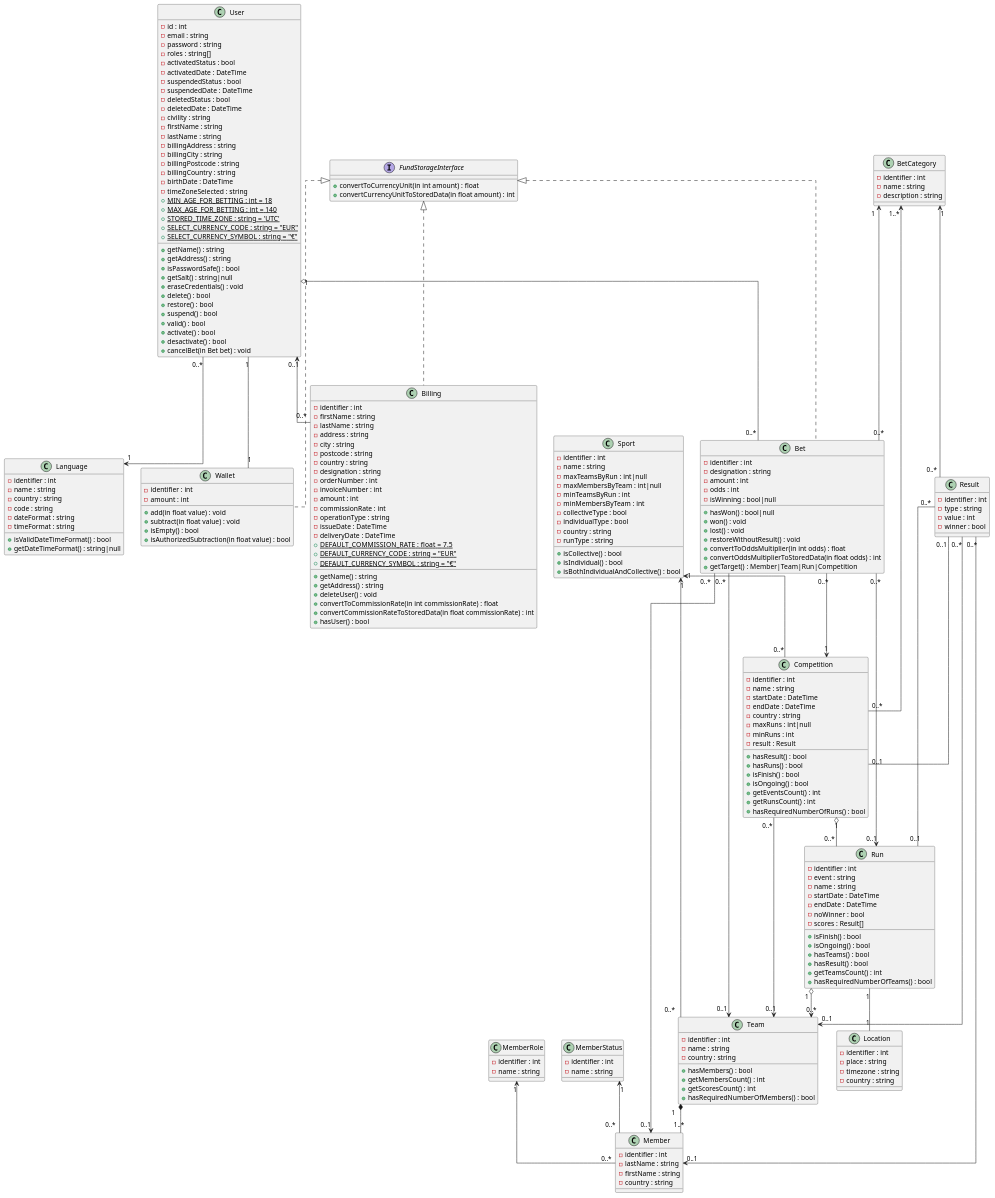
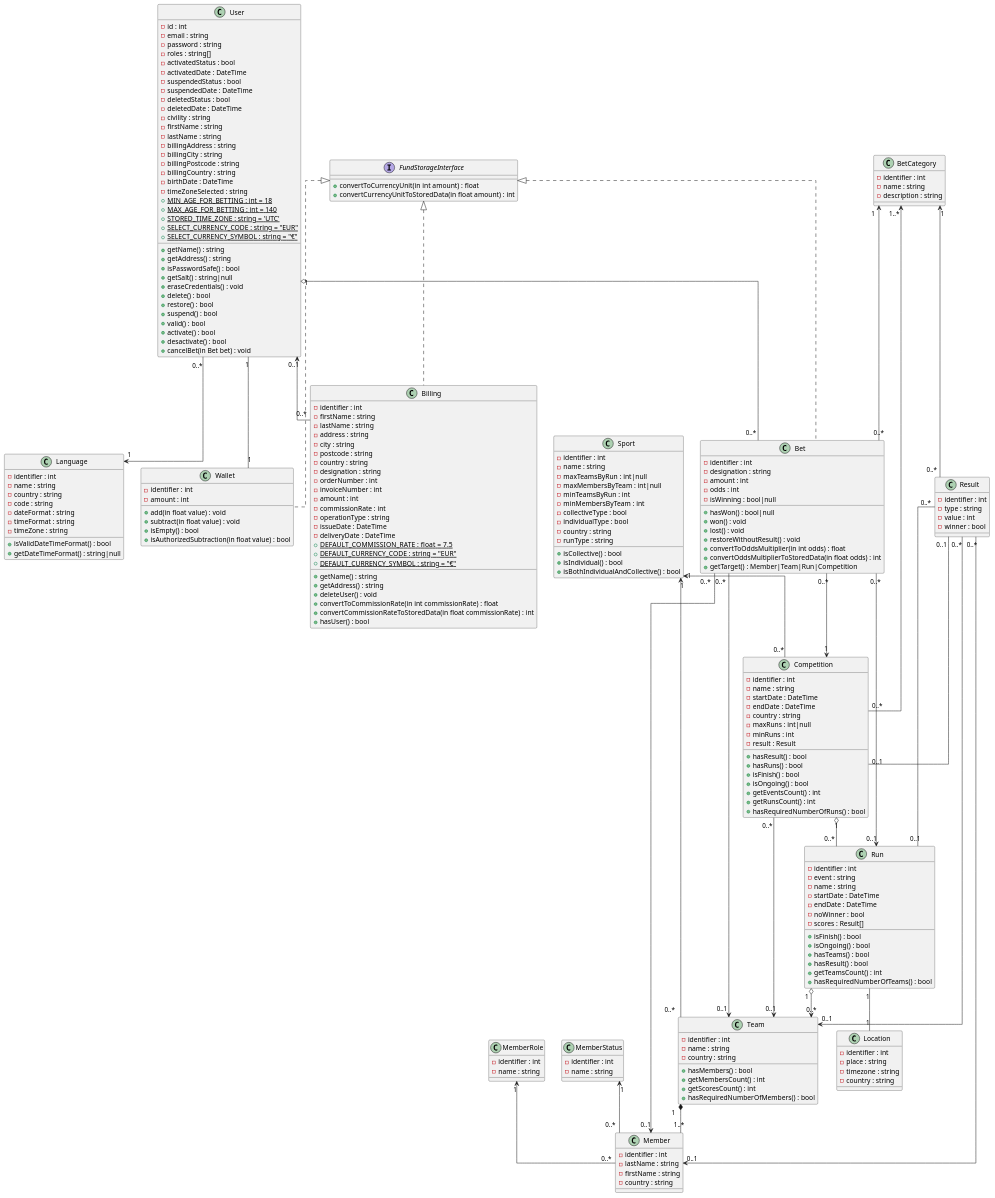
One commit to OFP-CDA-Mulhouse-2020/parisportif5 changed the diagram in docs/Uml/Diagramme_de_classe/Diagramme_de_classe.puml. Above: the diagram before and after it, drawn with PlantUML. The commit also changed 10 other files, not shown here.

```diff
--- a/docs/Uml/Diagramme_de_classe/Diagramme_de_classe.puml
+++ b/docs/Uml/Diagramme_de_classe/Diagramme_de_classe.puml
@@ -121,6 +121,7 @@
         -code : string
         -dateFormat : string
         -timeFormat : string
+        -timeZone : string
         +isValidDateTimeFormat() : bool
         +getDateTimeFormat() : string|null
     }
```
